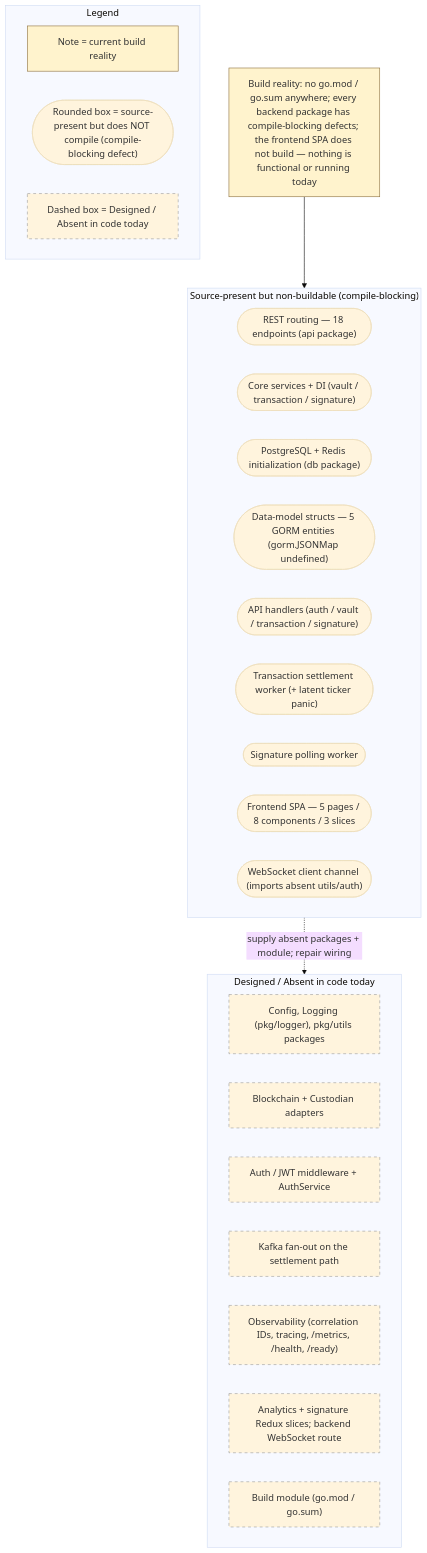
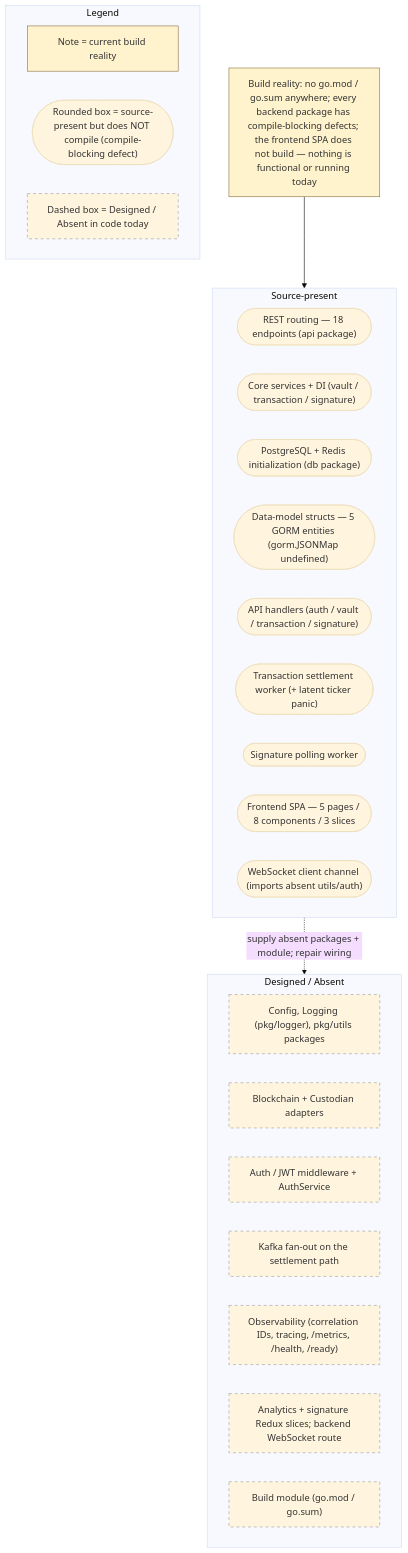
Before and after one commit to blitzy-public-samples/blockchain-integration-6edhrq: the diagram in docs/architecture/scaffold-vs-design.md, drawn with Mermaid (base theme). The commit also changed other lines of this file and 25 other files, not shown here.

````diff
--- a/docs/architecture/scaffold-vs-design.md
+++ b/docs/architecture/scaffold-vs-design.md
@@ -35,40 +35,49 @@
 ```mermaid
 flowchart TB
+    %% Cluster-caption budget: Mermaid wraps a subgraph caption on its own internal
+    %% ~200px band (the inner div carries max-width:200px) which flowchart.wrappingWidth
+    %% does NOT widen, and it reserves only ONE caption line before the first child row.
+    %% Measured in Mermaid 11.4.0: clearance = 13.5 - 24 x (lines - 1) user units, so a
+    %% two-line caption already paints over the first node. Browser-measured on a 20px
+    %% sans ramp as well: a 17-character caption stays on one line, 21 characters wrap.
+    %% Keep every caption to ONE line -- at most ~17 characters and no em dash. The
+    %% detail these captions used to carry is stated in the legend keys and in the
+    %% cited prose around this figure.
     subgraph Legend_SD1["Legend"]
         LG0["Note = current build reality"]
         LG1(["Rounded box = source-present but does NOT compile (compile-blocking defect)"])
         LG2["Dashed box = Designed / Absent in code today"]
     end
 
     NOTE["Build reality: no go.mod / go.sum anywhere; every backend package has compile-blocking defects; the frontend SPA does not build — nothing is functional or running today"]
 
-    subgraph NB["Source-present but non-buildable (compile-blocking)"]
+    subgraph NB["Source-present"]
         N1(["REST routing — 18 endpoints (api package)"])
         N2(["Core services + DI (vault / transaction / signature)"])
         N3(["PostgreSQL + Redis initialization (db package)"])
         N4(["Data-model structs — 5 GORM entities (gorm.JSONMap undefined)"])
         N5(["API handlers (auth / vault / transaction / signature)"])
         N6(["Transaction settlement worker (+ latent ticker panic)"])
         N7(["Signature polling worker"])
         N8(["Frontend SPA — 5 pages / 8 components / 3 slices"])
         N9(["WebSocket client channel (imports absent utils/auth)"])
     end
 
-    subgraph DES["Designed / Absent in code today"]
+    subgraph DES["Designed / Absent"]
         D1["Config, Logging (pkg/logger), pkg/utils packages"]
         D2["Blockchain + Custodian adapters"]
         D3["Auth / JWT middleware + AuthService"]
         D4["Kafka fan-out on the settlement path"]
         D5["Observability (correlation IDs, tracing, /metrics, /health, /ready)"]
         D6["Analytics + signature Redux slices; backend WebSocket route"]
         D7["Build module (go.mod / go.sum)"]
     end
 
     NOTE --> NB
     NB -.->|"supply absent packages + module; repair wiring"| DES
     class NOTE,LG0 noteStyle
     class D1,D2,D3,D4,D5,D6,D7,LG2 designedStyle
     classDef noteStyle fill:#fff3cd,stroke:#8a6d3b,color:#333333
     classDef designedStyle stroke-dasharray: 5 5,stroke:#999999,color:#333333
     %% Legend: note = build reality; rounded = source-present but non-buildable; dashed = Designed / Absent
 ```
````
